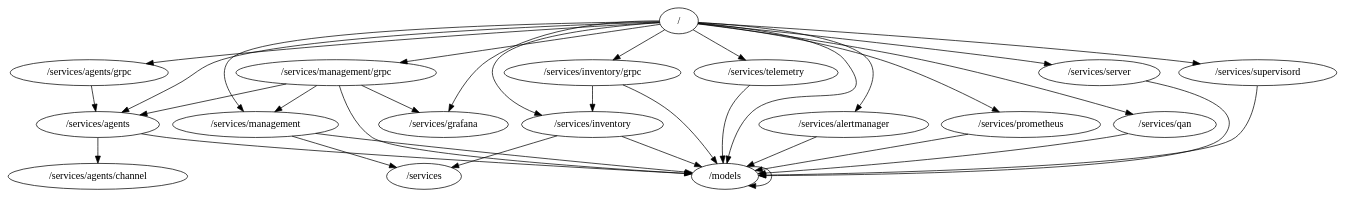
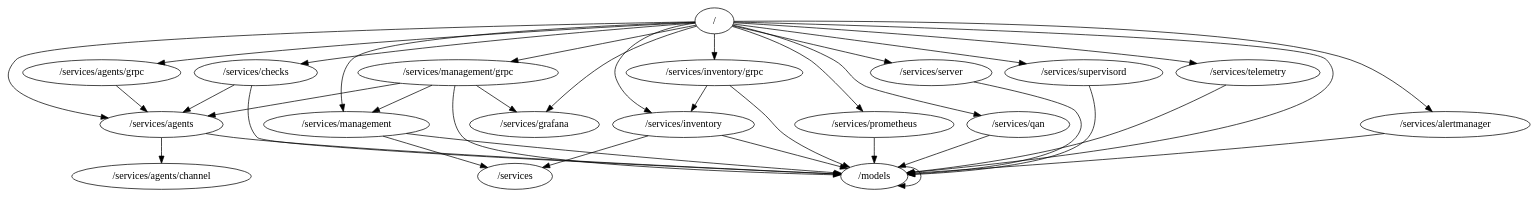
One commit to percona/pmm-managed changed the diagram in packages.dot. Above: the diagram before and after it, drawn with Graphviz. The commit also changed 1 other file, not shown here.

Commit message:
SAAS-20 Fix checks tests

```diff
--- a/packages.dot
+++ b/packages.dot
@@ -1,36 +1,39 @@
 digraph packages {
 	"/" -> "/models";
 	"/" -> "/services/agents";
 	"/" -> "/services/agents/grpc";
 	"/" -> "/services/alertmanager";
+	"/" -> "/services/checks";
 	"/" -> "/services/grafana";
 	"/" -> "/services/inventory";
 	"/" -> "/services/inventory/grpc";
 	"/" -> "/services/management";
 	"/" -> "/services/management/grpc";
 	"/" -> "/services/prometheus";
 	"/" -> "/services/qan";
 	"/" -> "/services/server";
 	"/" -> "/services/supervisord";
 	"/" -> "/services/telemetry";
 	"/models" -> "/models";
 	"/services/agents" -> "/models";
 	"/services/agents" -> "/services/agents/channel";
 	"/services/agents/grpc" -> "/services/agents";
 	"/services/alertmanager" -> "/models";
+	"/services/checks" -> "/models";
+	"/services/checks" -> "/services/agents";
 	"/services/inventory" -> "/models";
 	"/services/inventory" -> "/services";
 	"/services/inventory/grpc" -> "/models";
 	"/services/inventory/grpc" -> "/services/inventory";
 	"/services/management" -> "/models";
 	"/services/management" -> "/services";
 	"/services/management/grpc" -> "/models";
 	"/services/management/grpc" -> "/services/agents";
 	"/services/management/grpc" -> "/services/grafana";
 	"/services/management/grpc" -> "/services/management";
 	"/services/prometheus" -> "/models";
 	"/services/qan" -> "/models";
 	"/services/server" -> "/models";
 	"/services/supervisord" -> "/models";
 	"/services/telemetry" -> "/models";
 }
```
